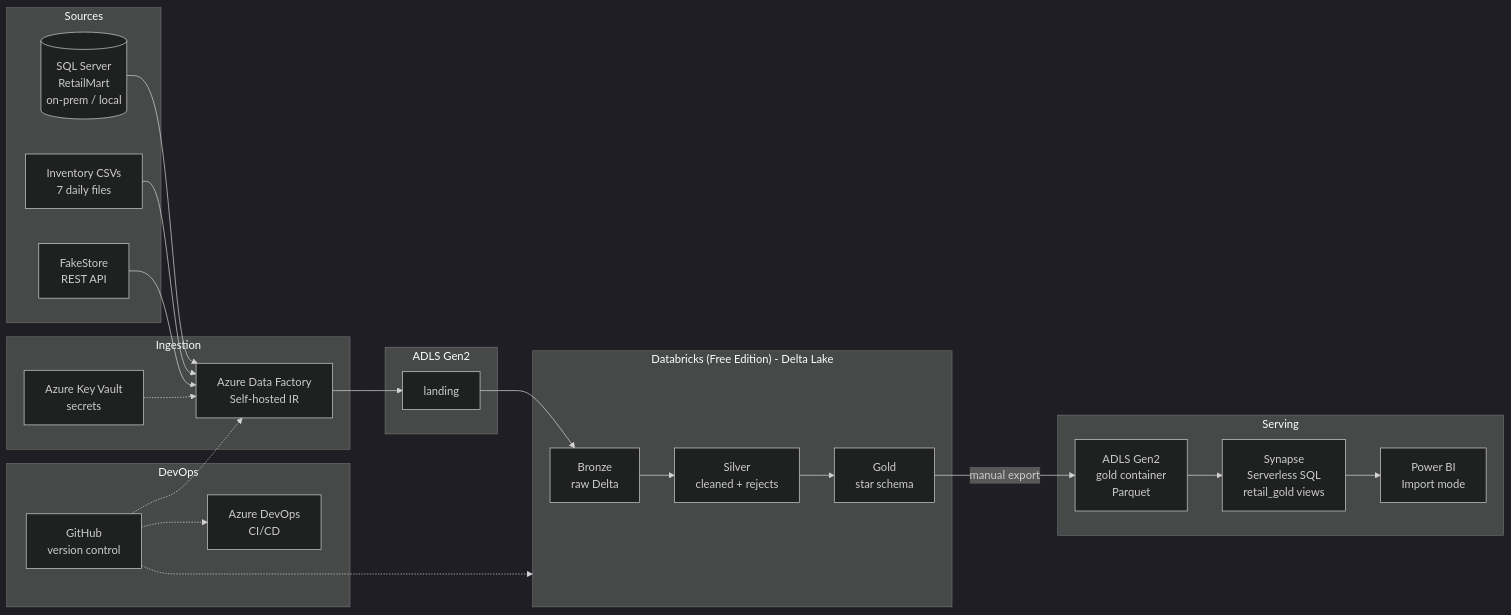
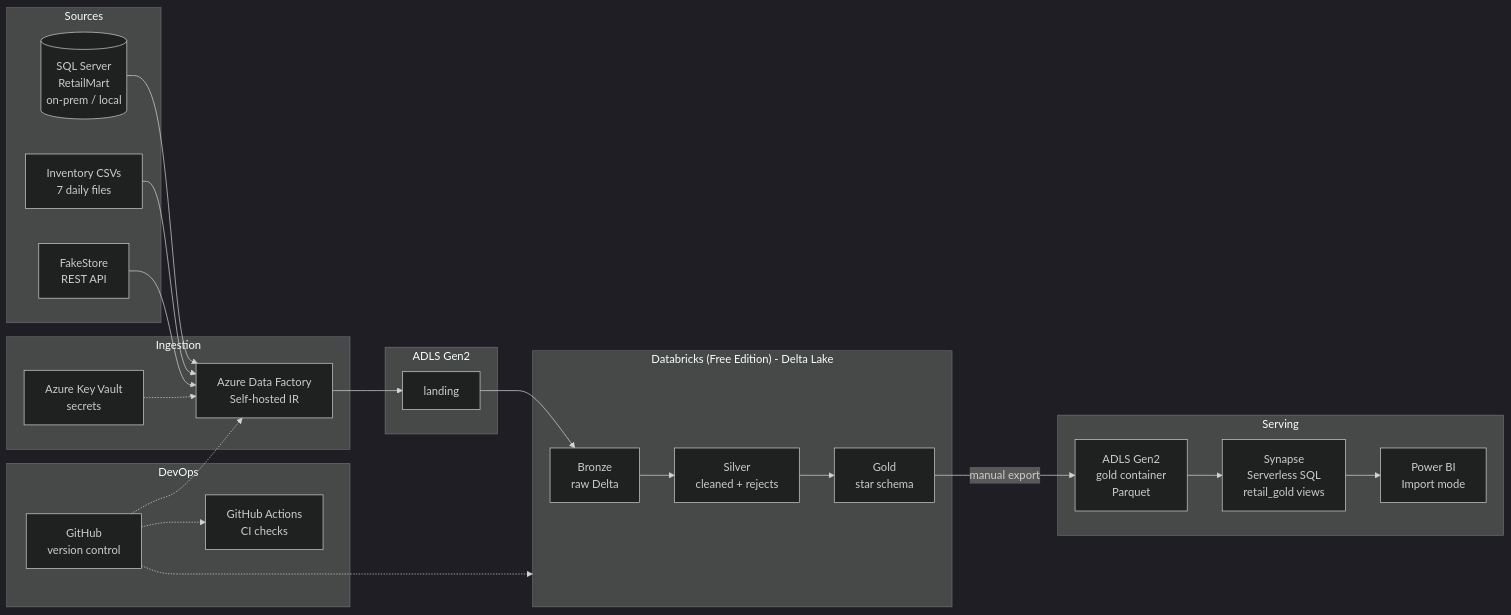
The diagram in README.md (Vibhu-Gupta-01/retail-data-platform), drawn with Mermaid (dark theme) before and after one commit. The commit also changed other lines of this file and 1 other file, not shown here.

````diff
--- a/README.md
+++ b/README.md
@@ -31,46 +33,46 @@
 ```mermaid
 flowchart LR
     subgraph Sources
         A[(SQL Server<br/>RetailMart<br/>on-prem / local)]
         B[Inventory CSVs<br/>7 daily files]
         C[FakeStore<br/>REST API]
     end
 
     subgraph Ingestion
         D[Azure Data Factory<br/>Self-hosted IR]
         K[Azure Key Vault<br/>secrets]
     end
 
     subgraph Lake["ADLS Gen2"]
         L[landing]
     end
 
     subgraph Databricks["Databricks (Free Edition) - Delta Lake"]
         BR[Bronze<br/>raw Delta]
         SI[Silver<br/>cleaned + rejects]
         GO[Gold<br/>star schema]
     end
 
     subgraph Serving
         G[ADLS Gen2<br/>gold container<br/>Parquet]
         S[Synapse<br/>Serverless SQL<br/>retail_gold views]
         P[Power BI<br/>Import mode]
     end
 
     A --> D
     B --> D
     C --> D
     K -.-> D
     D --> L
     L --> BR --> SI --> GO
     GO -- "manual export" --> G
     G --> S --> P
 
     subgraph DevOps
         GH[GitHub<br/>version control]
-        AZ[Azure DevOps<br/>CI/CD]
+        GA[GitHub Actions<br/>CI checks]
     end
     GH -.-> D
     GH -.-> Databricks
-    GH -.-> AZ
+    GH -.-> GA
 ```
````
